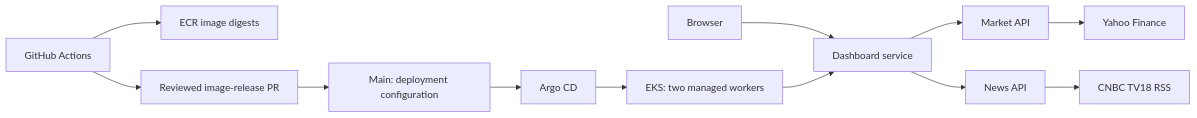
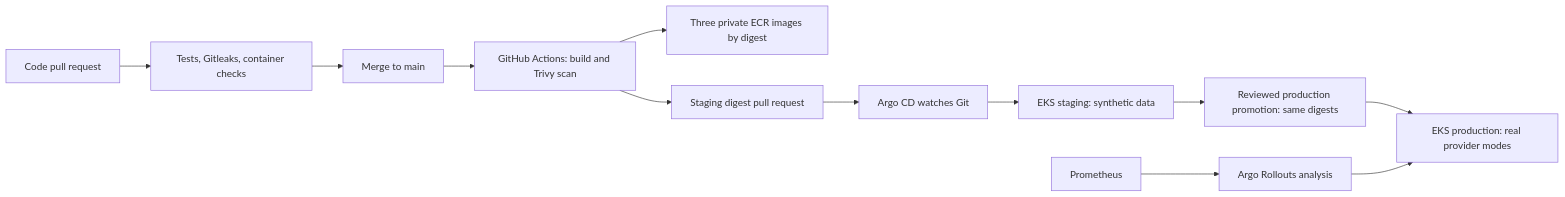
The diagram in README.md (Saisharath123/market_intel), drawn with Mermaid before and after one commit. The commit also changed other lines of this file and 74 other files, not shown here.

First line of the commit message:
Build EKS GitOps delivery with staging and canary checks (#5)

````diff
--- a/README.md
+++ b/README.md
@@ -70,14 +25,14 @@
 ```mermaid
 flowchart LR
-    U[Browser] --> D[Dashboard service]
-    D --> M[Market API]
-    D --> N[News API]
-    M --> Y[Yahoo Finance]
-    N --> R[CNBC TV18 RSS]
-    CI[GitHub Actions] --> E[ECR image digests]
-    CI --> P[Reviewed image-release PR]
-    P --> G[Main: deployment configuration]
-    G --> A[Argo CD]
-    A --> K[EKS: two managed workers]
-    K --> D
+    PR[Code pull request] --> CI[Tests, Gitleaks, container checks]
+    CI --> Main[Merge to main]
+    Main --> Build[GitHub Actions: build and Trivy scan]
+    Build --> ECR[Three private ECR images by digest]
+    Build --> StagePR[Staging digest pull request]
+    StagePR --> Argo[Argo CD watches Git]
+    Argo --> Stage[EKS staging: synthetic data]
+    Stage --> Promote[Reviewed production promotion: same digests]
+    Promote --> Prod[EKS production: real provider modes]
+    Prom[Prometheus] --> Analysis[Argo Rollouts analysis]
+    Analysis --> Prod
 ```
````
